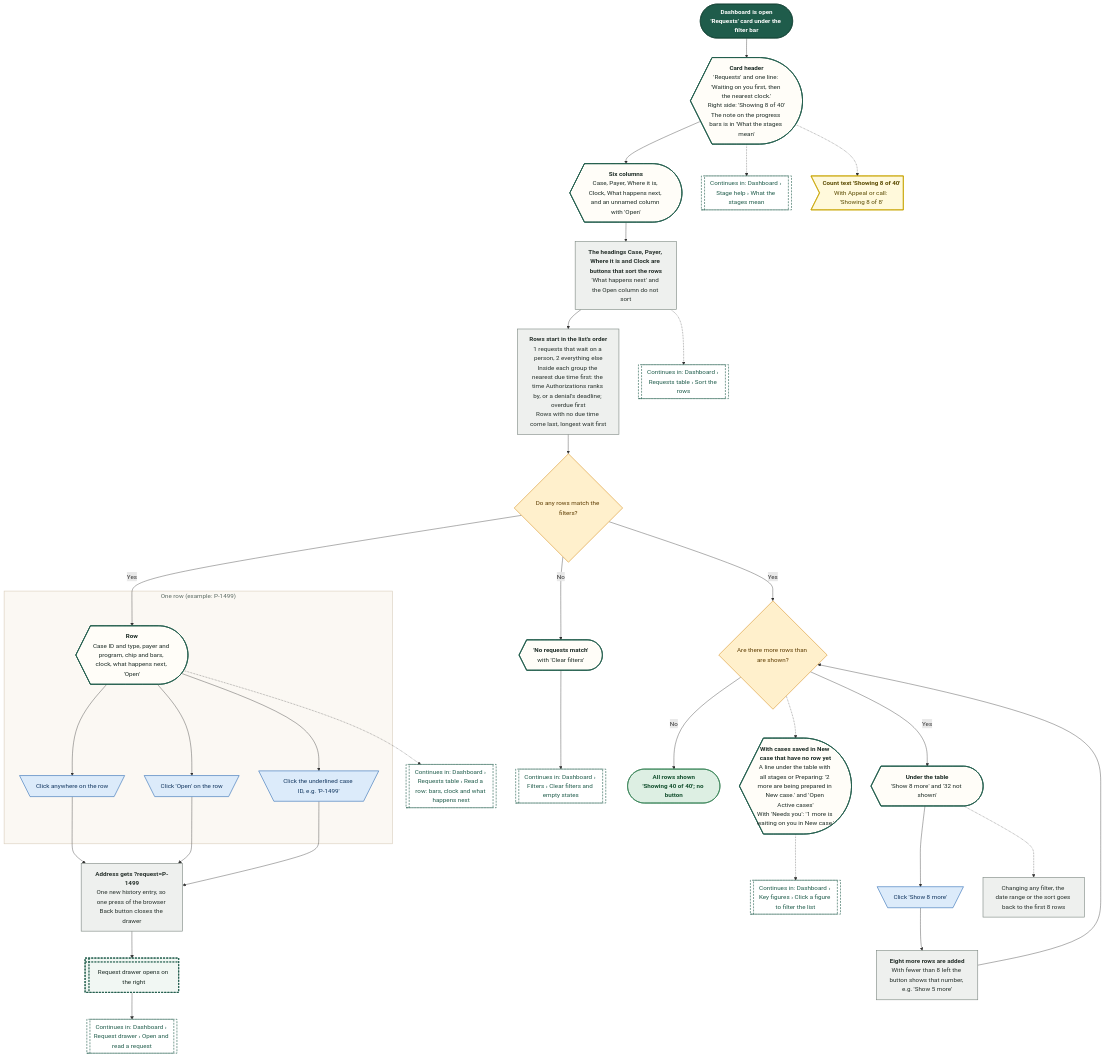
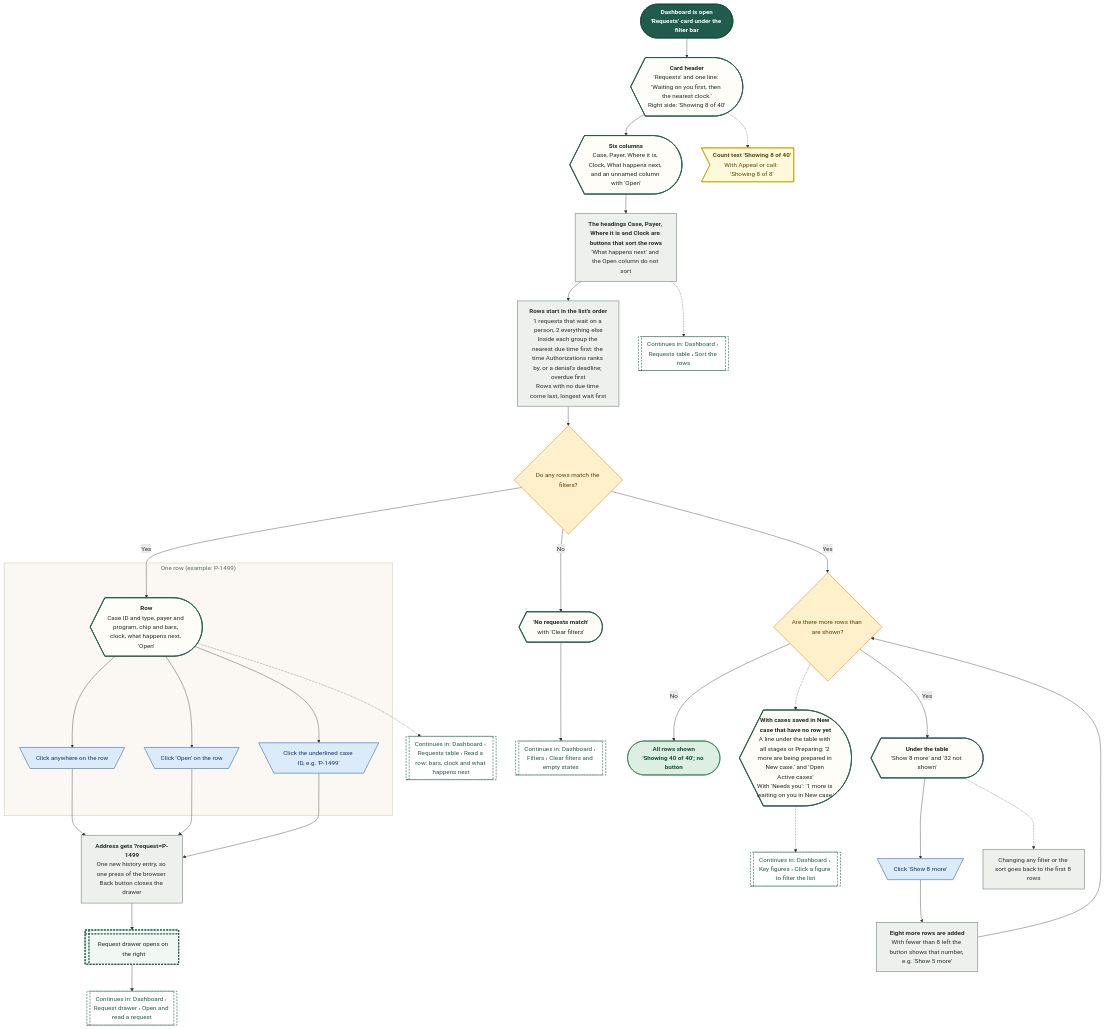
One commit to Shrav143/psyfloapp changed the diagram in demos/prior-auth-demo/workflows/out/mmd/02-dashboard/60-requests-table-order-rows-and-paging.mmd. Above: the diagram before and after it, drawn with Mermaid. The commit also changed 36 other files, not shown here.

First line of the commit message:
docs: diagrams and docs follow the removal of stage help, payer performance and the date range (242 diagrams)

```diff
--- a/demos/prior-auth-demo/workflows/out/mmd/02-dashboard/60-requests-table-order-rows-and-paging.mmd
+++ b/demos/prior-auth-demo/workflows/out/mmd/02-dashboard/60-requests-table-order-rows-and-paging.mmd
@@ -1,74 +1,72 @@
 %%{init: {"theme":"base","themeVariables":{"fontFamily":"'DM Sans', 'Segoe UI', system-ui, sans-serif","fontSize":"15px","lineColor":"#5B6B63","primaryTextColor":"#1C2B25","clusterBkg":"#FBF8F3","clusterBorder":"#D9CDBB","edgeLabelBackground":"#FFFFFF"},"flowchart":{"curve":"basis","nodeSpacing":36,"rankSpacing":48,"padding":12,"htmlLabels":true,"useMaxWidth":false,"wrappingWidth":230}} }%%
 flowchart TD
   classDef k_start fill:#1F5C4B,stroke:#174638,color:#FFFFFF,stroke-width:1.5px,font-weight:600
   classDef k_end fill:#DDEFE3,stroke:#2E7D4F,color:#14502F,stroke-width:1.5px,font-weight:600
   classDef k_endx fill:#FBE3E0,stroke:#C0392B,color:#7A1F16,stroke-width:1.5px,font-weight:600
   classDef k_screen fill:#FFFDF8,stroke:#1F5C4B,color:#1C2B25,stroke-width:2px
   classDef k_overlay fill:#F1F7F3,stroke:#1F5C4B,color:#1C2B25,stroke-width:2px,stroke-dasharray:5 3
   classDef k_click fill:#DCEBFA,stroke:#2F6DB5,color:#12365F,stroke-width:1.5px
   classDef k_input fill:#E4E7FF,stroke:#4C5FD5,color:#1D2670,stroke-width:1.5px
   classDef k_process fill:#EEF0EE,stroke:#7A857F,color:#26302B,stroke-width:1.5px
   classDef k_agent fill:#EEE5FA,stroke:#7A4FC2,color:#341A63,stroke-width:1.5px
   classDef k_decision fill:#FFF0CC,stroke:#D9962B,color:#5C3B00,stroke-width:1.5px
   classDef k_store fill:#D5F0EA,stroke:#1C8E7B,color:#0B4A3F,stroke-width:1.5px
   classDef k_doc fill:#F6E9DC,stroke:#B07A4C,color:#4A2E14,stroke-width:1.5px
   classDef k_ext fill:#FFE6D2,stroke:#E07B39,color:#6B2F06,stroke-width:1.5px
   classDef k_wait fill:#E4E8EE,stroke:#6B7C93,color:#26303D,stroke-width:1.5px
   classDef k_toast fill:#FFF9DB,stroke:#C9A400,color:#5A4A00,stroke-width:1.5px
   classDef k_goto fill:#FFFFFF,stroke:#1F5C4B,color:#1F5C4B,stroke-width:1.5px,stroke-dasharray:5 3
   s1@{ shape: stadium, label: "<b>Dashboard is open</b><br/>'Requests' card under the filter bar" }
-  sc1@{ shape: curv-trap, label: "<b>Card header</b><br/>'Requests' and one line: 'Waiting on you first, then the nearest clock.'<br/>Right side: 'Showing 8 of 40'<br/>The note on the progress bars is in 'What the stages mean'" }
+  sc1@{ shape: curv-trap, label: "<b>Card header</b><br/>'Requests' and one line: 'Waiting on you first, then the nearest clock.'<br/>Right side: 'Showing 8 of 40'" }
   sc2@{ shape: curv-trap, label: "<b>Six columns</b><br/>Case, Payer, Where it is, Clock, What happens next, and an unnamed column with 'Open'" }
   p1@{ shape: rect, label: "<b>The headings Case, Payer, Where it is and Clock are buttons that sort the rows</b><br/>'What happens next' and the Open column do not sort" }
   p2@{ shape: rect, label: "<b>Rows start in the list's order</b><br/>1 requests that wait on a person, 2 everything else<br/>Inside each group the nearest due time first: the time Authorizations ranks by, or a denial's deadline; overdue first<br/>Rows with no due time come last, longest wait first" }
   d0@{ shape: diam, label: "Do any rows match the filters?" }
   em@{ shape: curv-trap, label: "<b>'No requests match'</b><br/>with 'Clear filters'" }
   subgraph gRow ["One row (example: P-1499)"]
   r1@{ shape: curv-trap, label: "<b>Row</b><br/>Case ID and type, payer and program, chip and bars, clock, what happens next, 'Open'" }
   c1@{ shape: trap-t, label: "Click anywhere on the row" }
   c2@{ shape: trap-t, label: "Click the underlined case ID, e.g. 'P-1499'" }
   c3@{ shape: trap-t, label: "Click 'Open' on the row" }
   end
   p3@{ shape: rect, label: "<b>Address gets ?request=P-1499</b><br/>One new history entry, so one press of the browser Back button closes the drawer" }
   o1@{ shape: win-pane, label: "Request drawer opens on the right" }
   g1@{ shape: subproc, label: "Continues in: Dashboard › Request drawer › Open and read a request" }
   g2@{ shape: subproc, label: "Continues in: Dashboard › Requests table › Read a row: bars, clock and what happens next" }
   g3@{ shape: subproc, label: "Continues in: Dashboard › Filters › Clear filters and empty states" }
   g4@{ shape: subproc, label: "Continues in: Dashboard › Requests table › Sort the rows" }
   g5@{ shape: subproc, label: "Continues in: Dashboard › Key figures › Click a figure to filter the list" }
-  g6@{ shape: subproc, label: "Continues in: Dashboard › Stage help › What the stages mean" }
   d1@{ shape: diam, label: "Are there more rows than are shown?" }
   sc3@{ shape: curv-trap, label: "<b>Under the table</b><br/>'Show 8 more' and '32 not shown'" }
   c4@{ shape: trap-t, label: "Click 'Show 8 more'" }
   p5@{ shape: rect, label: "<b>Eight more rows are added</b><br/>With fewer than 8 left the button shows that number, e.g. 'Show 5 more'" }
   e1@{ shape: stadium, label: "<b>All rows shown</b><br/>'Showing 40 of 40'; no button" }
-  p6@{ shape: rect, label: "Changing any filter, the date range or the sort goes back to the first 8 rows" }
+  p6@{ shape: rect, label: "Changing any filter or the sort goes back to the first 8 rows" }
   t1@{ shape: odd, label: "<b>Count text 'Showing 8 of 40'</b><br/>With Appeal or call: 'Showing 8 of 8'" }
   sc4@{ shape: curv-trap, label: "<b>With cases saved in New case that have no row yet</b><br/>A line under the table with all stages or Preparing: '2 more are being prepared in New case.' and 'Open Active cases'<br/>With 'Needs you': '1 more is waiting on you in New case.'" }
   s1 --> sc1 --> sc2 --> p1 --> p2 --> d0
   d0 -->|"No"| em --> g3
   d0 -->|"Yes"| r1
   r1 --> c1 & c2 & c3
   c1 --> p3
   c3 --> p3
   c2 --> p3
   p3 --> o1 --> g1
   r1 -.-> g2
   p1 -.-> g4
   d0 -->|"Yes"| d1
   sc1 -.-> t1
   d1 -->|"Yes"| sc3 --> c4 --> p5 --> d1
   d1 -->|"No"| e1
   sc3 -.-> p6
   d1 -.-> sc4 -.-> g5
-  sc1 -.-> g6
   class s1 k_start
   class sc1,sc2,em,r1,sc3,sc4 k_screen
   class p1,p2,p3,p5,p6 k_process
   class d0,d1 k_decision
   class c1,c2,c3,c4 k_click
   class o1 k_overlay
-  class g1,g2,g3,g4,g5,g6 k_goto
+  class g1,g2,g3,g4,g5 k_goto
   class e1 k_end
   class t1 k_toast
   style gRow fill:#FBF8F3,stroke:#D9CDBB,stroke-width:1.5px,color:#5B6B63
```
